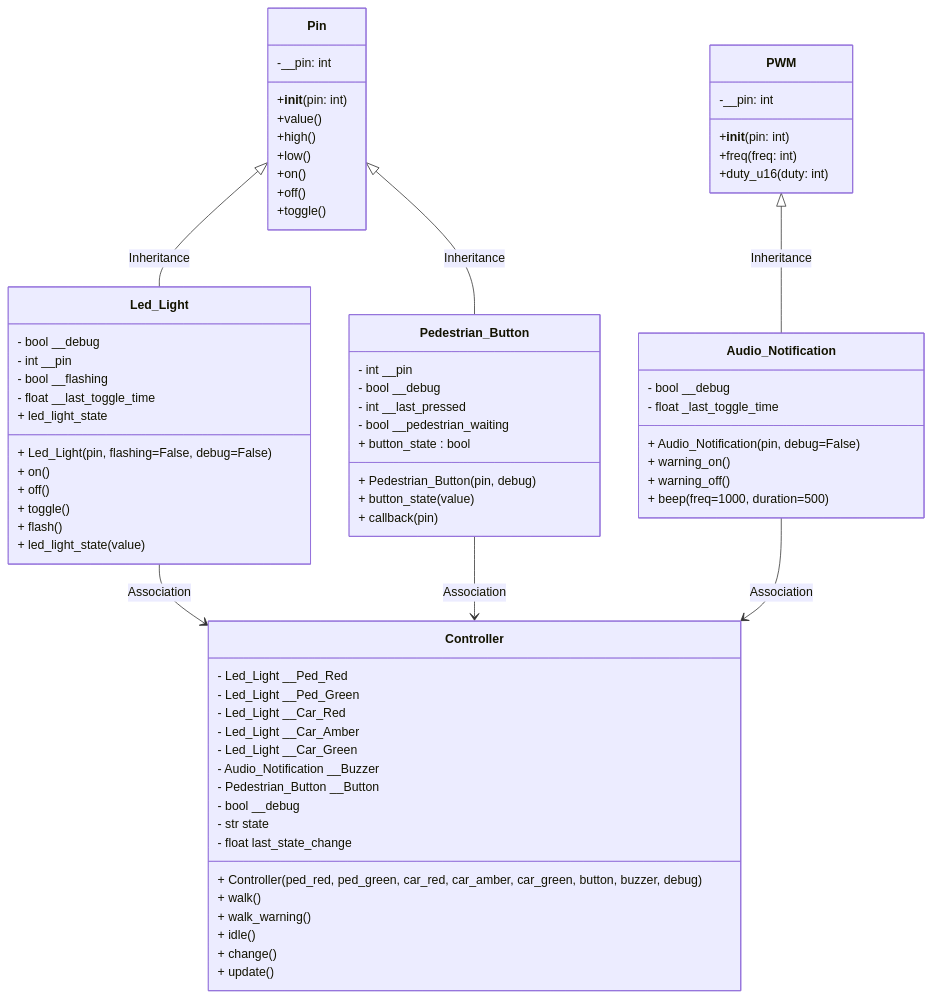
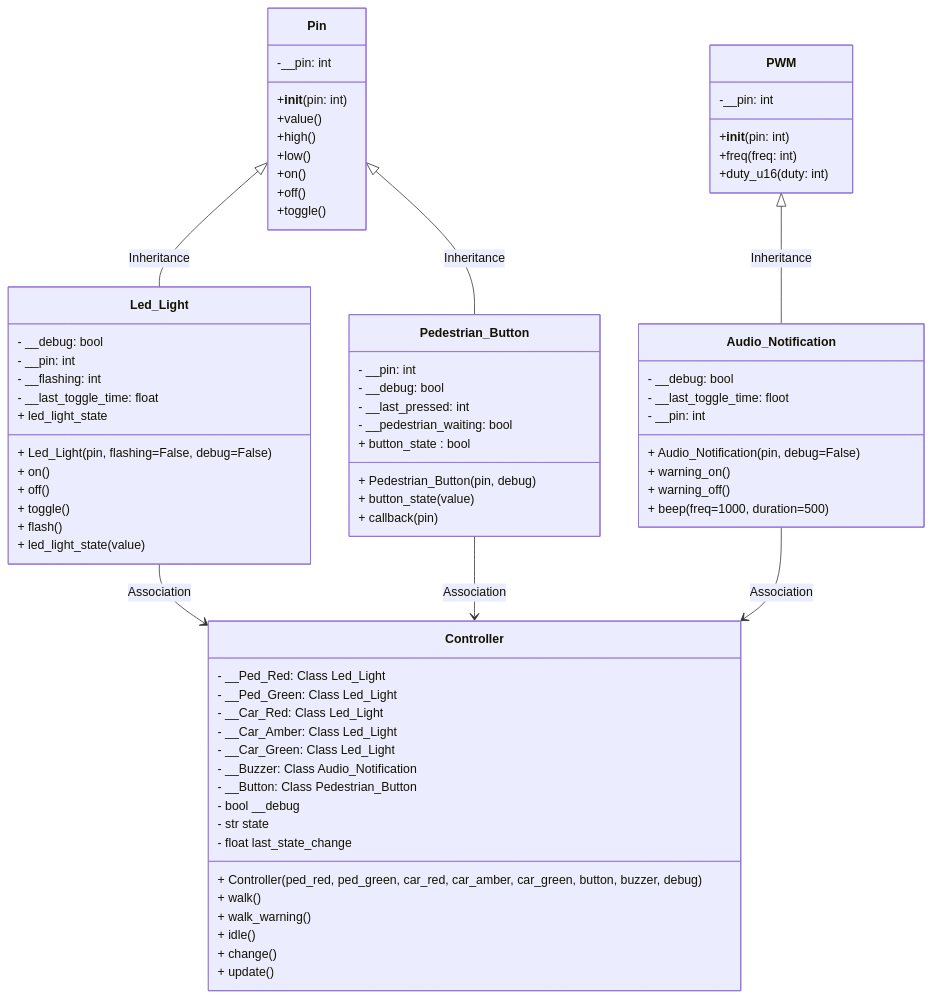
One commit to TempeHS/MicroPython_OOP_Pi_Pico_Mini_Project_Source changed the second of 2 diagrams in tutorials/Lecture6.md. Above: the diagram before and after it, drawn with Mermaid. The commit also changed 5 other files, not shown here.

````diff
--- a/tutorials/Lecture6.md
+++ b/tutorials/Lecture6.md
@@ -68,80 +67,82 @@
 ```mermaid
 classDiagram
     class Pin {
         -__pin: int
         +__init__(pin: int)
         +value()
         +high()
         +low()
         +on()
         +off()
         +toggle()
     }
 
     class PWM {
         -__pin: int
         +__init__(pin: int)
         +freq(freq: int)
         +duty_u16(duty: int)
     }
 
     class Audio_Notification {
-        - bool __debug
-        - float _last_toggle_time
+        - __debug: bool
+        - __last_toggle_time: floot
+        - __pin: int
         + Audio_Notification(pin, debug=False)
         + warning_on()
         + warning_off()
         + beep(freq=1000, duration=500)
     }
     PWM <|-- Audio_Notification : Inheritance
 
     class Led_Light {
-        - bool __debug
-        - int __pin
-        - bool __flashing
-        - float __last_toggle_time
+        - __debug: bool
+        - __pin: int
+        - __flashing: int
+        - __last_toggle_time: float
         + Led_Light(pin, flashing=False, debug=False)
         + on()
         + off()
         + toggle()
         + flash()
         + led_light_state
         + led_light_state(value)
     }
     Pin <|-- Led_Light : Inheritance
 
     class Pedestrian_Button {
-        - int __pin
-        - bool __debug
-        - int __last_pressed
-        - bool __pedestrian_waiting
+        - __pin: int
+        - __debug: bool
+        - __last_pressed: int
+        - __pedestrian_waiting: bool
         + Pedestrian_Button(pin, debug)
         + button_state : bool
         + button_state(value)
         + callback(pin)
     }
     Pin <|-- Pedestrian_Button : Inheritance
 
     class Controller {
-        - Led_Light __Ped_Red
-        - Led_Light __Ped_Green
-        - Led_Light __Car_Red
-        - Led_Light __Car_Amber
-        - Led_Light __Car_Green
-        - Audio_Notification __Buzzer
-        - Pedestrian_Button __Button
+        - __Ped_Red: Class Led_Light
+        - __Ped_Green: Class Led_Light
+        - __Car_Red: Class Led_Light
+        - __Car_Amber: Class Led_Light
+        - __Car_Green: Class Led_Light
+        - __Buzzer: Class Audio_Notification
+        - __Button: Class Pedestrian_Button
         - bool __debug
         - str state
         - float last_state_change
         + Controller(ped_red, ped_green, car_red, car_amber, car_green, button, buzzer, debug)
         + walk()
         + walk_warning()
         + idle()
         + change()
         + update()
     }
 
-    Led_Light --> Controller: Association
+    Led_Light --> Controller : Association
+    Audio_Notification --> Controller : Association
     Pedestrian_Button --> Controller : Association
-    Audio_Notification  --> Controller: Association
+
 ```
````
